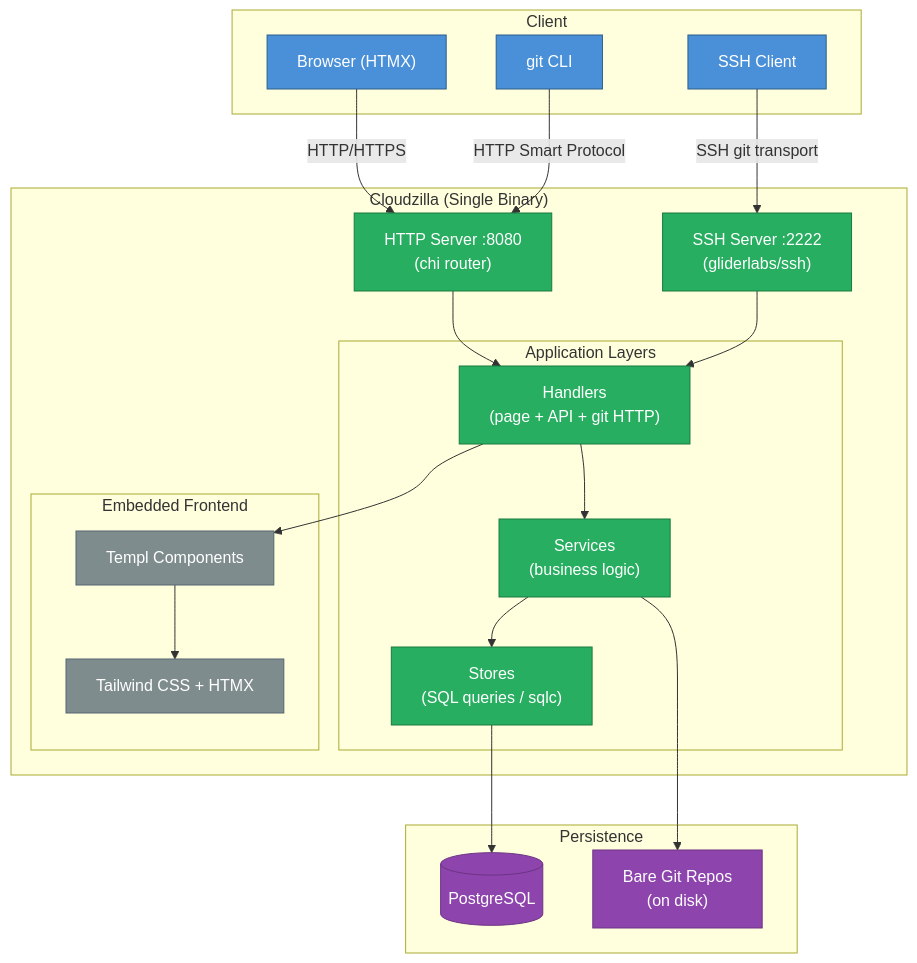
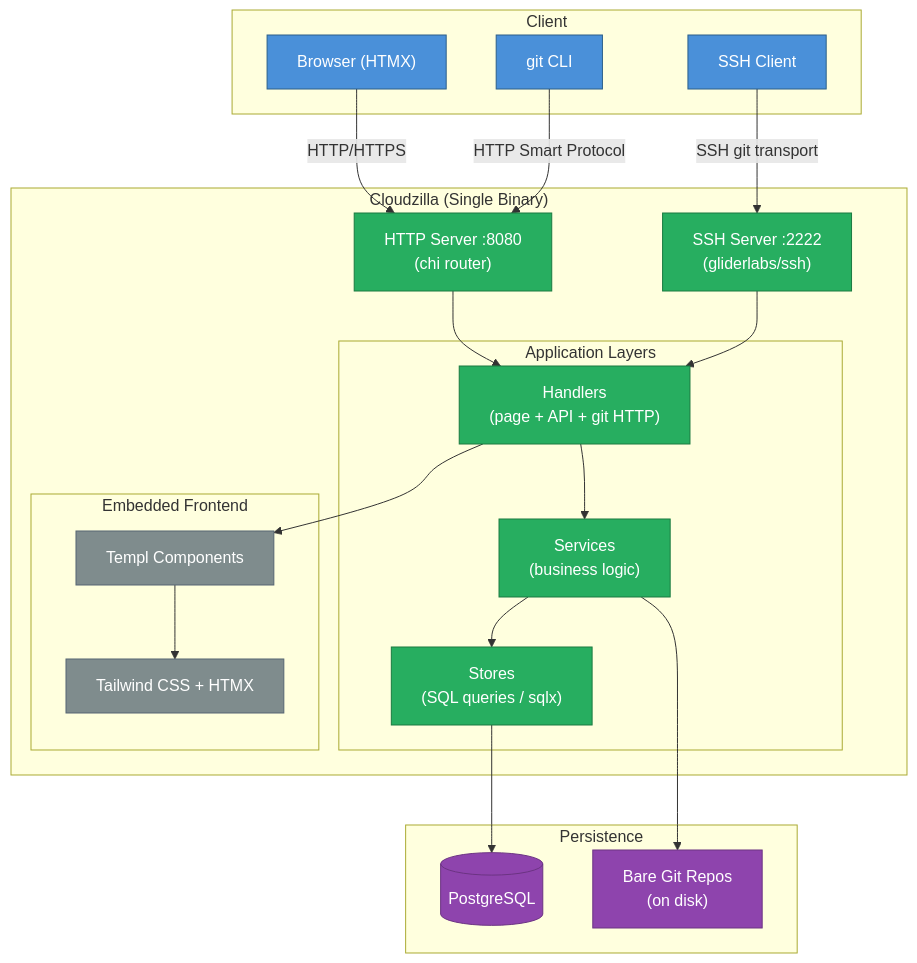
Before and after one commit to mkappworks-dev/cloudzilla-app: the diagram in README.md, drawn with Mermaid. The commit also changed other lines of this file and 33 other files, not shown here.

````diff
--- a/README.md
+++ b/README.md
@@ -13,52 +24,52 @@
 ```mermaid
 graph TB
     subgraph Client["Client"]
         Browser["Browser (HTMX)"]
         GitCLI["git CLI"]
         SSHCLI["SSH Client"]
     end
 
     subgraph Cloudzilla["Cloudzilla (Single Binary)"]
         HTTP["HTTP Server :8080\n(chi router)"]
         SSH["SSH Server :2222\n(gliderlabs/ssh)"]
 
         subgraph Layers["Application Layers"]
             Handler["Handlers\n(page + API + git HTTP)"]
             Service["Services\n(business logic)"]
-            Store["Stores\n(SQL queries / sqlc)"]
+            Store["Stores\n(SQL queries / sqlx)"]
         end
 
         subgraph Frontend["Embedded Frontend"]
             Templates["Templ Components"]
             Static["Tailwind CSS + HTMX"]
         end
     end
 
     subgraph Data["Persistence"]
         PG[("PostgreSQL")]
         Repos["Bare Git Repos\n(on disk)"]
     end
 
     Browser -->|"HTTP/HTTPS"| HTTP
     GitCLI -->|"HTTP Smart Protocol"| HTTP
     SSHCLI -->|"SSH git transport"| SSH
 
     HTTP --> Handler
     SSH --> Handler
     Handler --> Service
     Service --> Store
     Store --> PG
     Service --> Repos
     Handler --> Templates
     Templates --> Static
 
     classDef client fill:#4A90D9,stroke:#2C5F8A,color:#fff
     classDef server fill:#27AE60,stroke:#1A7A40,color:#fff
     classDef data fill:#8E44AD,stroke:#6C3483,color:#fff
     classDef frontend fill:#7F8C8D,stroke:#566573,color:#fff
 
     class Browser,GitCLI,SSHCLI client
     class HTTP,SSH,Handler,Service,Store server
     class PG,Repos data
     class Templates,Static frontend
 ```
````
